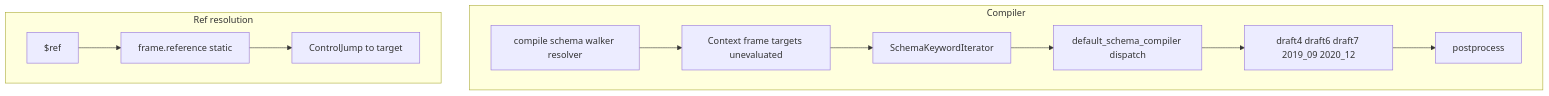
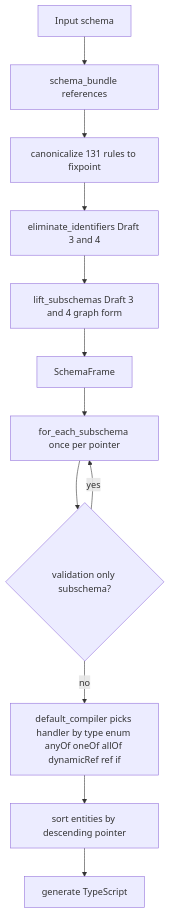
Before and after one commit to goddtriffin/json-schema-rs: the second of 2 diagrams in research/reports/cpp/sourcemeta-blaze.md, drawn with Mermaid. The commit also changed other lines of this file and 51 other files, not shown here.

````diff
--- a/research/reports/cpp/sourcemeta-blaze.md
+++ b/research/reports/cpp/sourcemeta-blaze.md
@@ -125,23 +136,17 @@
 ```mermaid
 flowchart TB
-  subgraph compilerMod [Compiler]
-    CompileEntry[compile schema walker resolver]
-    Context[Context frame targets unevaluated]
-    KeywordIter[SchemaKeywordIterator]
-    Dispatch[default_schema_compiler dispatch]
-    Handlers[draft4 draft6 draft7 2019_09 2020_12]
-    PostProcess[postprocess]
-    CompileEntry --> Context
-    Context --> KeywordIter
-    KeywordIter --> Dispatch
-    Dispatch --> Handlers
-    Handlers --> PostProcess
-  end
-  subgraph refFlow [Ref resolution]
-    RefKeyword["$ref"]
-    FrameLookup[frame.reference static]
-    ControlJump[ControlJump to target]
-    RefKeyword --> FrameLookup
-    FrameLookup --> ControlJump
-  end
+  Input[Input schema]
+  Bundle[schema_bundle references]
+  Canon[canonicalize 131 rules to fixpoint]
+  Ids[eliminate_identifiers Draft 3 and 4]
+  Lift[lift_subschemas Draft 3 and 4 graph form]
+  FrameStep[SchemaFrame]
+  Each[for_each_subschema once per pointer]
+  Skip{validation only subschema?}
+  Handler[default_compiler picks handler by type enum anyOf oneOf allOf dynamicRef ref if]
+  Sort[sort entities by descending pointer]
+  Print[generate TypeScript]
+  Input --> Bundle --> Canon --> Ids --> Lift --> FrameStep --> Each --> Skip
+  Skip -- yes --> Each
+  Skip -- no --> Handler --> Sort --> Print
 ```
````
